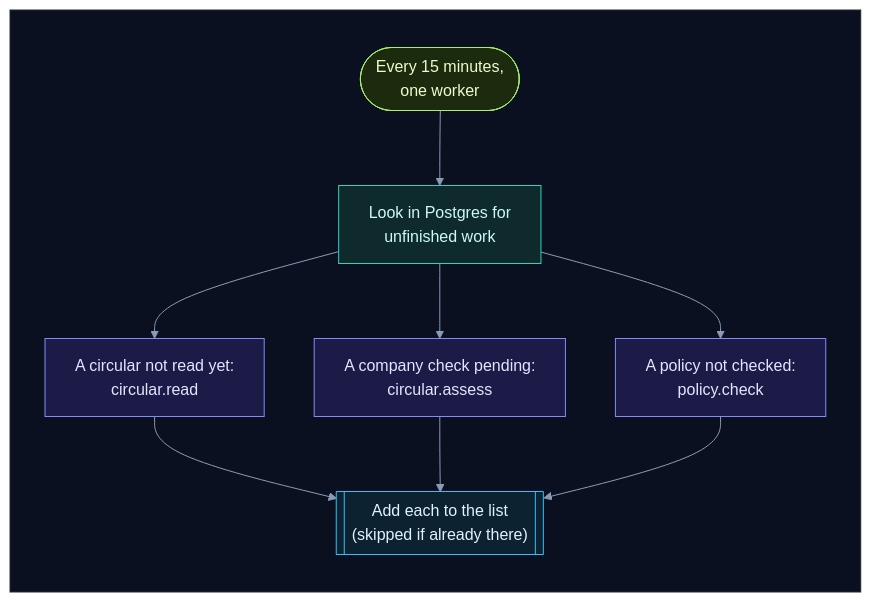
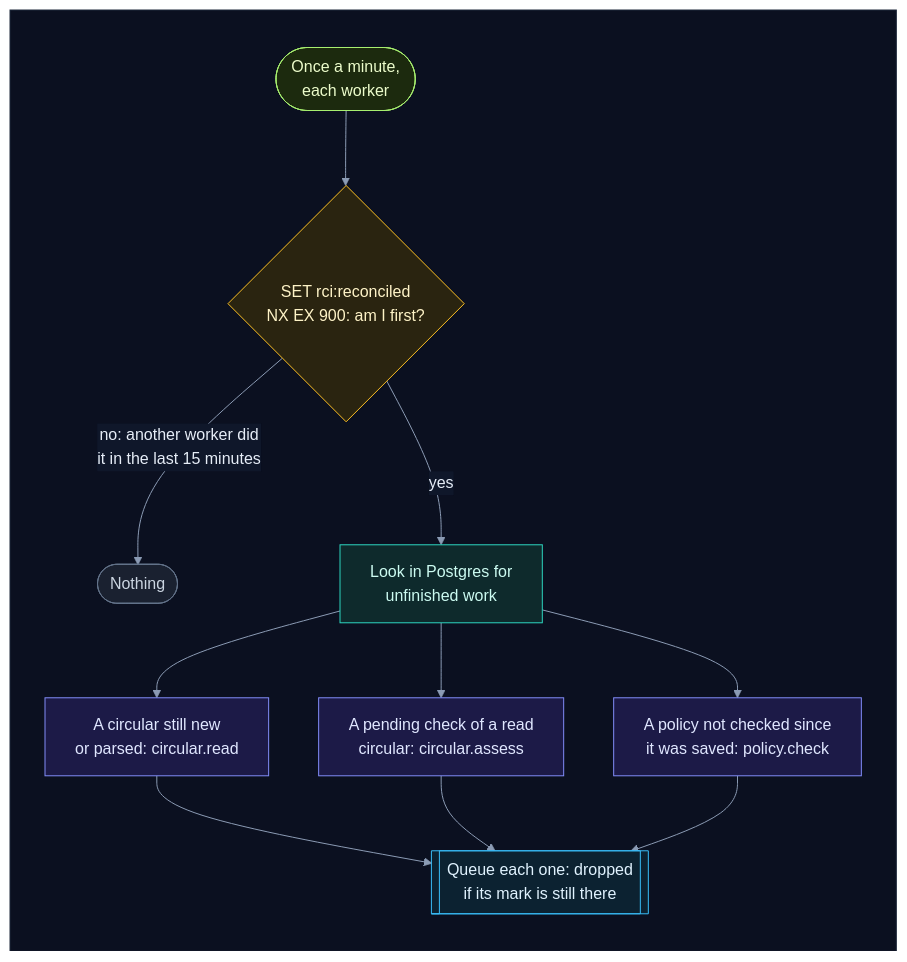
One commit to selvakumarperumal/Regulatory_Circular_Impact_Agent changed diagram 21 of 43 in backend/worker/INTERNALS.md. Above: the diagram before and after it, drawn with Mermaid. The commit also changed other lines of this file and 2 other files, not shown here.

First line of the commit message:
Explain how tasks are owned, skipped, failed and run again

````diff
--- a/backend/worker/INTERNALS.md
+++ b/backend/worker/INTERNALS.md
@@ -966,29 +1188,33 @@
 ```mermaid
 %%{init: {"theme": "base", "flowchart": {"diagramPadding": 0}, "themeVariables": {"darkMode": true, "primaryColor": "#16213a", "primaryTextColor": "#e6edf7", "primaryBorderColor": "#475a7a", "lineColor": "#8b9bb4", "secondaryColor": "#1b2436", "tertiaryColor": "#101a2e", "edgeLabelBackground": "#0f172a", "textColor": "#e2e8f0", "clusterBkg": "#0f1728", "clusterBorder": "#2b3a55", "titleColor": "#c4b5fd", "nodeTextColor": "#e6edf7"}}}%%
 flowchart TD
     subgraph canvas[" "]
         direction TB
-        t(["Every 15 minutes,<br/>one worker"]) --> l["Look in Postgres for<br/>unfinished work"]
-        l --> a["A circular not read yet:<br/>circular.read"]
-        l --> b["A company check pending:<br/>circular.assess"]
-        l --> c["A policy not checked:<br/>policy.check"]
-        a --> q[["Add each to the list<br/>(skipped if already there)"]]
+        t(["Once a minute,<br/>each worker"]) --> m{"SET rci:reconciled<br/>NX EX 900: am I first?"}
+        m -->|"no: another worker did<br/>it in the last 15 minutes"| skip(["Nothing"])
+        m -->|"yes"| l["Look in Postgres for<br/>unfinished work"]
+        l --> a["A circular still new<br/>or parsed: circular.read"]
+        l --> b["A pending check of a read<br/>circular: circular.assess"]
+        l --> c["A policy not checked since<br/>it was saved: policy.check"]
+        a --> q[["Queue each one: dropped<br/>if its mark is still there"]]
         b --> q
         c --> q
     end
     classDef svc fill:#0e2a2c,stroke:#2dd4bf,color:#ccfbf1
     classDef data fill:#1c1a47,stroke:#818cf8,color:#e0e7ff
     classDef ext fill:#2a1640,stroke:#c084fc,color:#f3e8ff
     classDef gpu fill:#2d1b0c,stroke:#fb923c,color:#ffedd5
     classDef ask fill:#2a2410,stroke:#fbbf24,color:#fef3c7
     classDef ok fill:#0b2a1c,stroke:#34d399,color:#d1fae5
     classDef bad fill:#2e0f17,stroke:#fb7185,color:#ffe4e6
     classDef start fill:#1c2a0e,stroke:#a7ef6f,color:#ecfccb
     classDef muted fill:#1a2130,stroke:#64748b,color:#cbd5e1
     classDef queue fill:#0c2231,stroke:#38bdf8,color:#e0f2fe
     class t start
+    class m ask
+    class skip muted
     class l svc
     class a,b,c data
     class q queue
     style canvas fill:#0b1020,stroke:#1e293b,color:#0b1020
 ```
````
